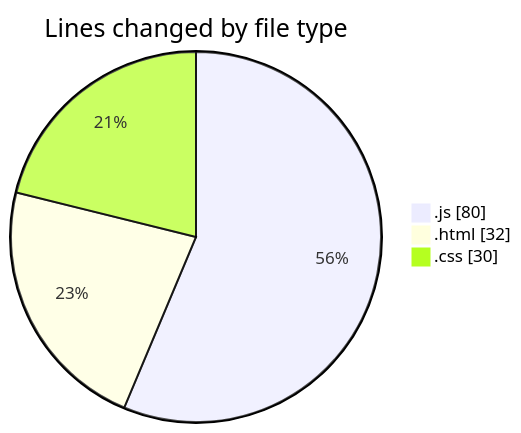
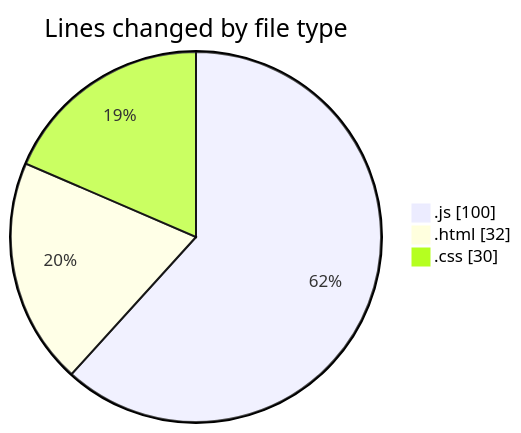
Before and after one commit to Ritupan-Deka/code-tracking: the first of 2 diagrams in 2025-01-24/projects/README.md, drawn with Mermaid. The commit also changed other lines of this file and 1 other file, not shown here.

````diff
--- a/2025-01-24/projects/README.md
+++ b/2025-01-24/projects/README.md
@@ -29,7 +29,7 @@
 ```mermaid
 pie showData
 title Lines changed by file type
-".js" : 80
+".js" : 100
 ".html" : 32
 ".css" : 30
 ```
````
